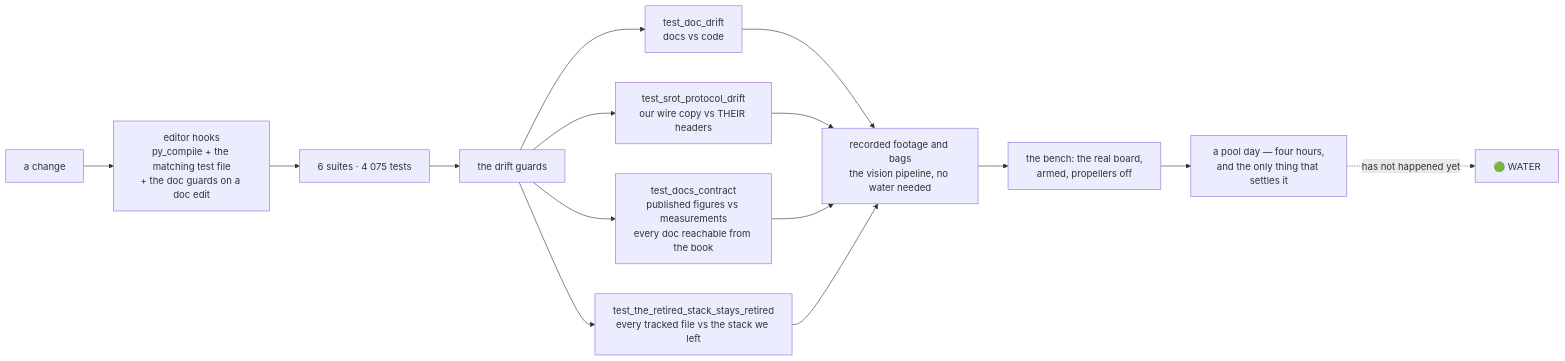
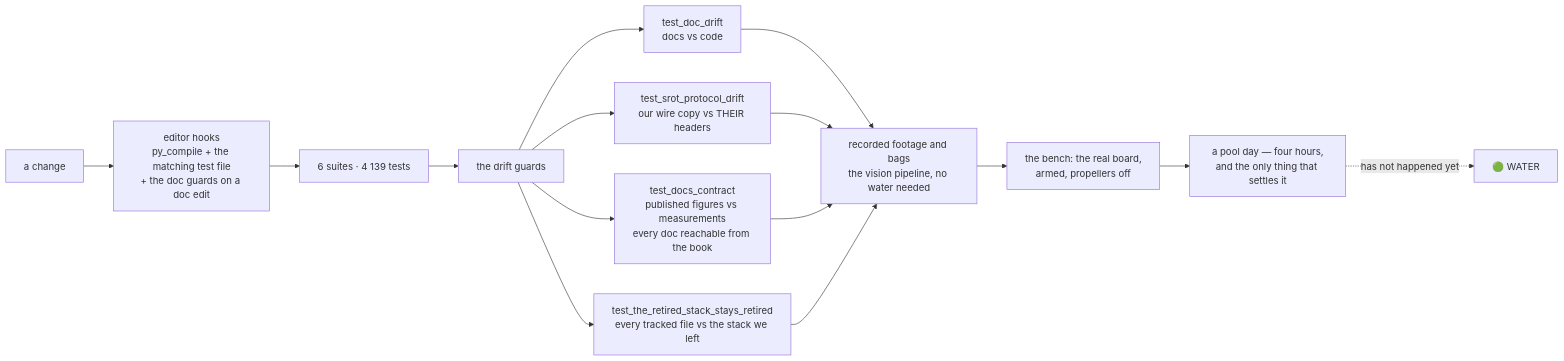
Before and after one commit to fh1m/mongla_ws: the ninth of 10 diagrams in README.md, drawn with Mermaid. The commit also changed other lines of this file and 31 other files, not shown here.

````diff
--- a/README.md
+++ b/README.md
@@ -788,17 +788,17 @@
 ```mermaid
 flowchart LR
     DEV["a change"] --> HOOK["editor hooks<br/>py_compile + the matching test file<br/>+ the doc guards on a doc edit"]
-    HOOK --> UNIT["6 suites · 4 075 tests"]
+    HOOK --> UNIT["6 suites · 4 139 tests"]
     UNIT --> GUARD["the drift guards"]
     GUARD --> G1["test_doc_drift<br/>docs vs code"]
     GUARD --> G2["test_srot_protocol_drift<br/>our wire copy vs THEIR headers"]
     GUARD --> G3["test_docs_contract<br/>published figures vs measurements<br/>every doc reachable from the book"]
     GUARD --> G4["test_the_retired_stack_stays_retired<br/>every tracked file vs the stack we left"]
     G1 --> REPLAY["recorded footage and bags<br/>the vision pipeline, no water needed"]
     G2 --> REPLAY
     G3 --> REPLAY
     G4 --> REPLAY
     REPLAY --> BENCH["the bench: the real board,<br/>armed, propellers off"]
     BENCH --> POOL["a pool day — four hours,<br/>and the only thing that settles it"]
     POOL -.->|"has not happened yet"| WATER["🟢 WATER"]
 ```
````
